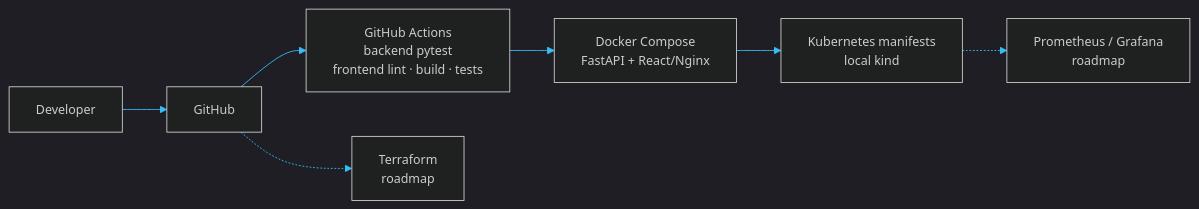
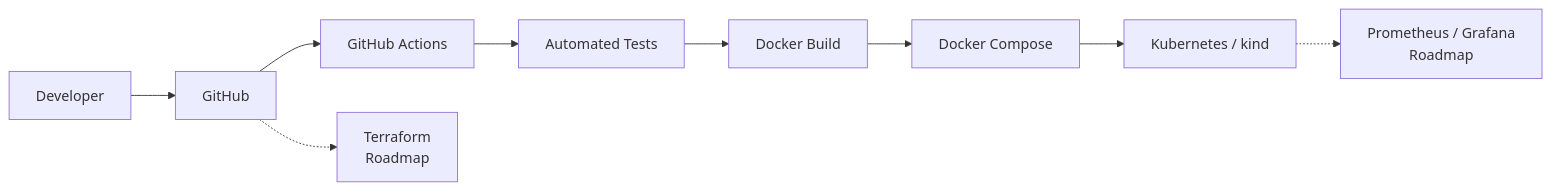
One commit to Awab7-ux/Awab7-ux changed the fourth of 5 diagrams in README.md. Above: the diagram before and after it, drawn with Mermaid. The commit also changed other lines of this file, not shown here.

````diff
--- a/README.md
+++ b/README.md
@@ -503,9 +186,11 @@
 ```mermaid
-%%{init: {'theme':'dark','themeVariables':{'primaryColor':'#0F2A4A','primaryBorderColor':'#38BDF8','lineColor':'#38BDF8','primaryTextColor':'#E6F1FF','fontSize':'14px'}}}%%
 flowchart LR
-  DEV["Developer"] --> GH["GitHub"] --> CI["GitHub Actions<br/>backend pytest<br/>frontend lint · build · tests"]
-  CI --> DC["Docker Compose<br/>FastAPI + React/Nginx"]
-  DC --> K8["Kubernetes manifests<br/>local kind"]
-  K8 -.-> MON["Prometheus / Grafana<br/>roadmap"]
-  GH -.-> TF["Terraform<br/>roadmap"]
+    DEV["Developer"] --> GIT["GitHub"]
+    GIT --> CI["GitHub Actions"]
+    CI --> TEST["Automated Tests"]
+    TEST --> BUILD["Docker Build"]
+    BUILD --> COMPOSE["Docker Compose"]
+    COMPOSE --> K8["Kubernetes / kind"]
+    K8 -.-> MON["Prometheus / Grafana<br/>Roadmap"]
+    GIT -.-> TF["Terraform<br/>Roadmap"]
 ```
````
